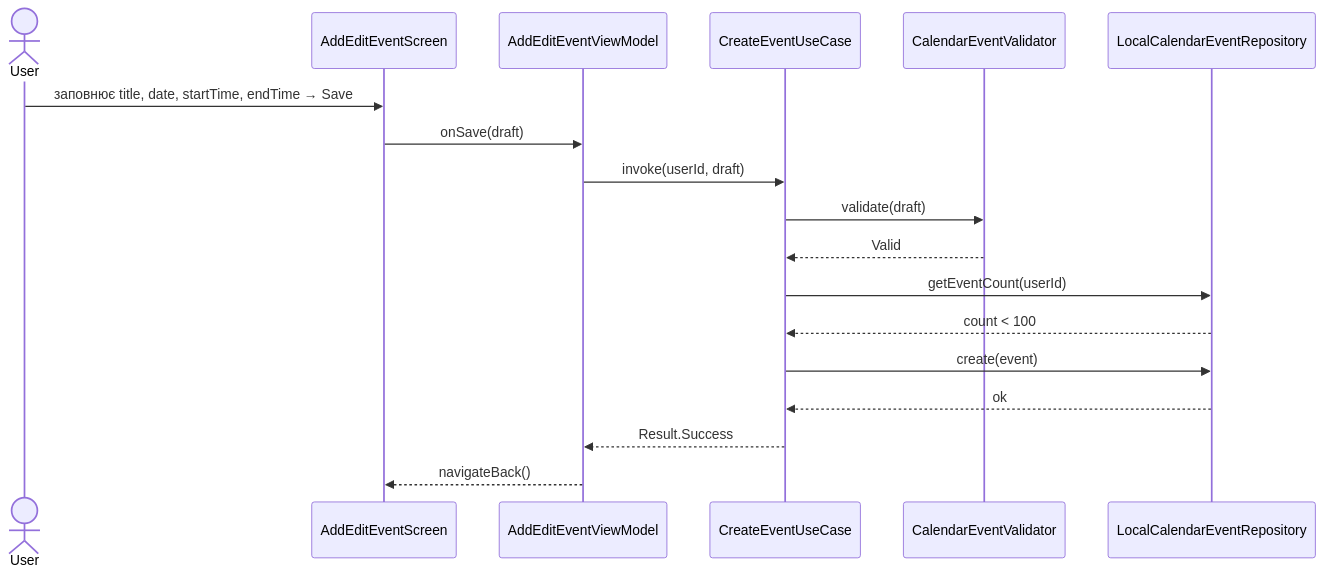
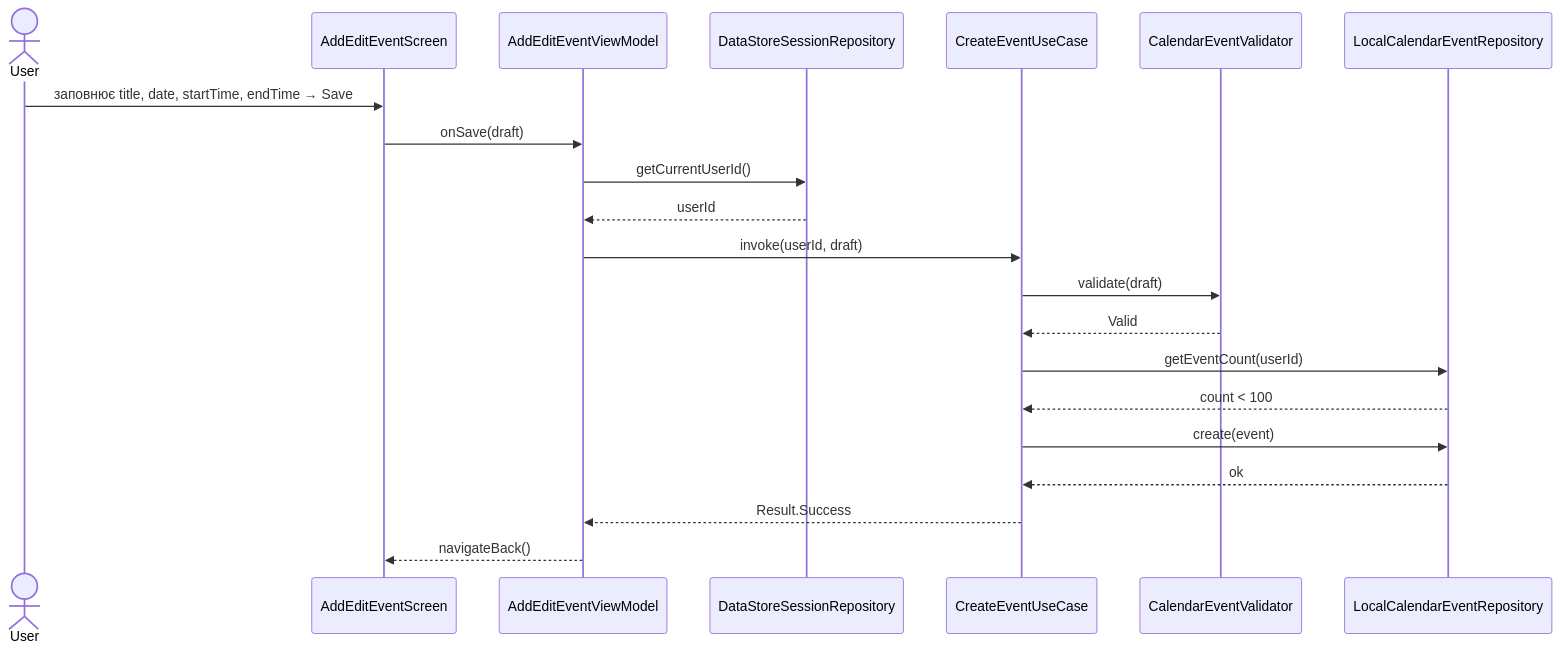
Before and after one commit to Dgeronivo/Homly: the fourth of 6 diagrams in docs/features/calendar/sad.md, drawn with Mermaid. The commit also changed other lines of this file, not shown here.

Commit message:
feat(calendar): sad finalization (critic pass) — fix Flow 2 userId source, override F5-1/F5-2, §1 decision-overrides

````diff
--- a/docs/features/calendar/sad.md
+++ b/docs/features/calendar/sad.md
@@ -188,21 +192,24 @@
 ```mermaid
 sequenceDiagram
     actor User
     participant AddEditEventScreen
     participant AddEditEventViewModel
+    participant DataStoreSessionRepository
     participant CreateEventUseCase
     participant CalendarEventValidator
     participant LocalCalendarEventRepository
 
     User->>AddEditEventScreen: заповнює title, date, startTime, endTime → Save
     AddEditEventScreen->>AddEditEventViewModel: onSave(draft)
+    AddEditEventViewModel->>DataStoreSessionRepository: getCurrentUserId()
+    DataStoreSessionRepository-->>AddEditEventViewModel: userId
     AddEditEventViewModel->>CreateEventUseCase: invoke(userId, draft)
     CreateEventUseCase->>CalendarEventValidator: validate(draft)
     CalendarEventValidator-->>CreateEventUseCase: Valid
     CreateEventUseCase->>LocalCalendarEventRepository: getEventCount(userId)
     LocalCalendarEventRepository-->>CreateEventUseCase: count < 100
     CreateEventUseCase->>LocalCalendarEventRepository: create(event)
     LocalCalendarEventRepository-->>CreateEventUseCase: ok
     CreateEventUseCase-->>AddEditEventViewModel: Result.Success
     AddEditEventViewModel-->>AddEditEventScreen: navigateBack()
 ```
````
